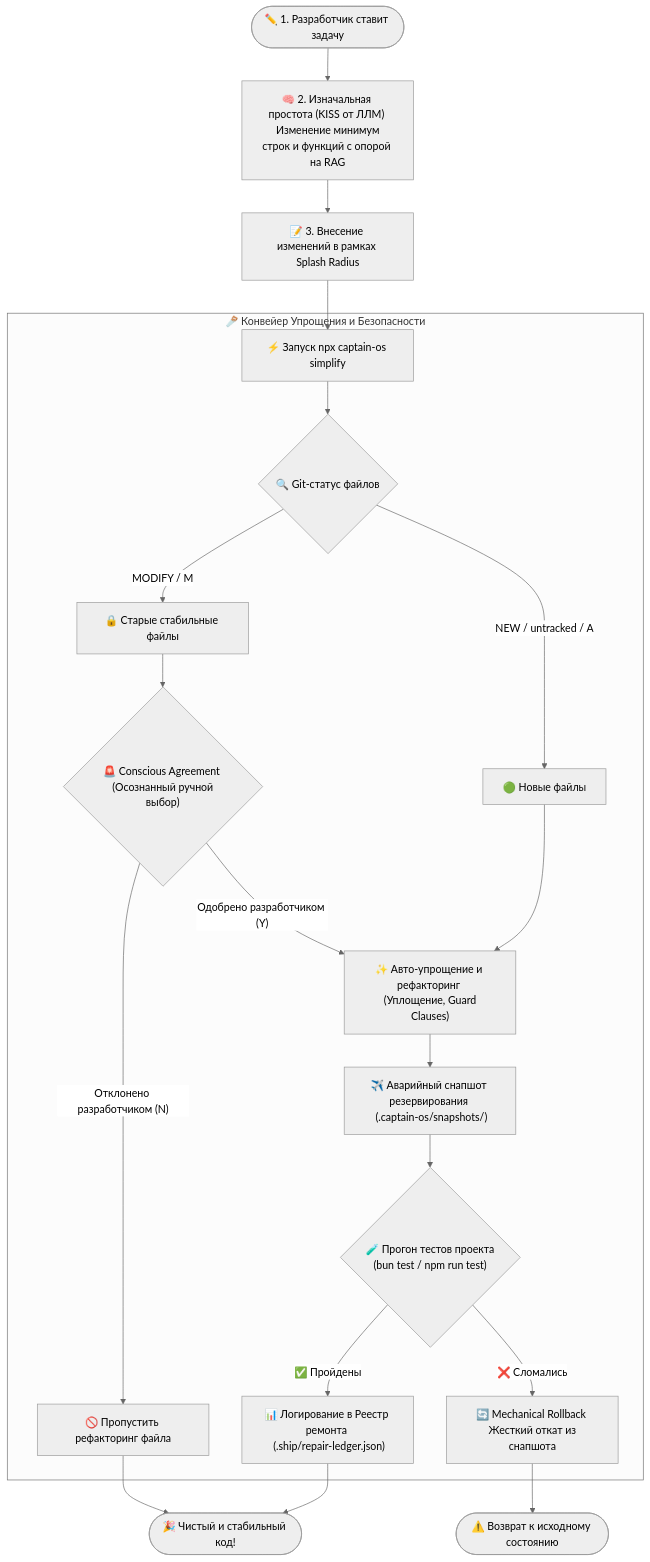
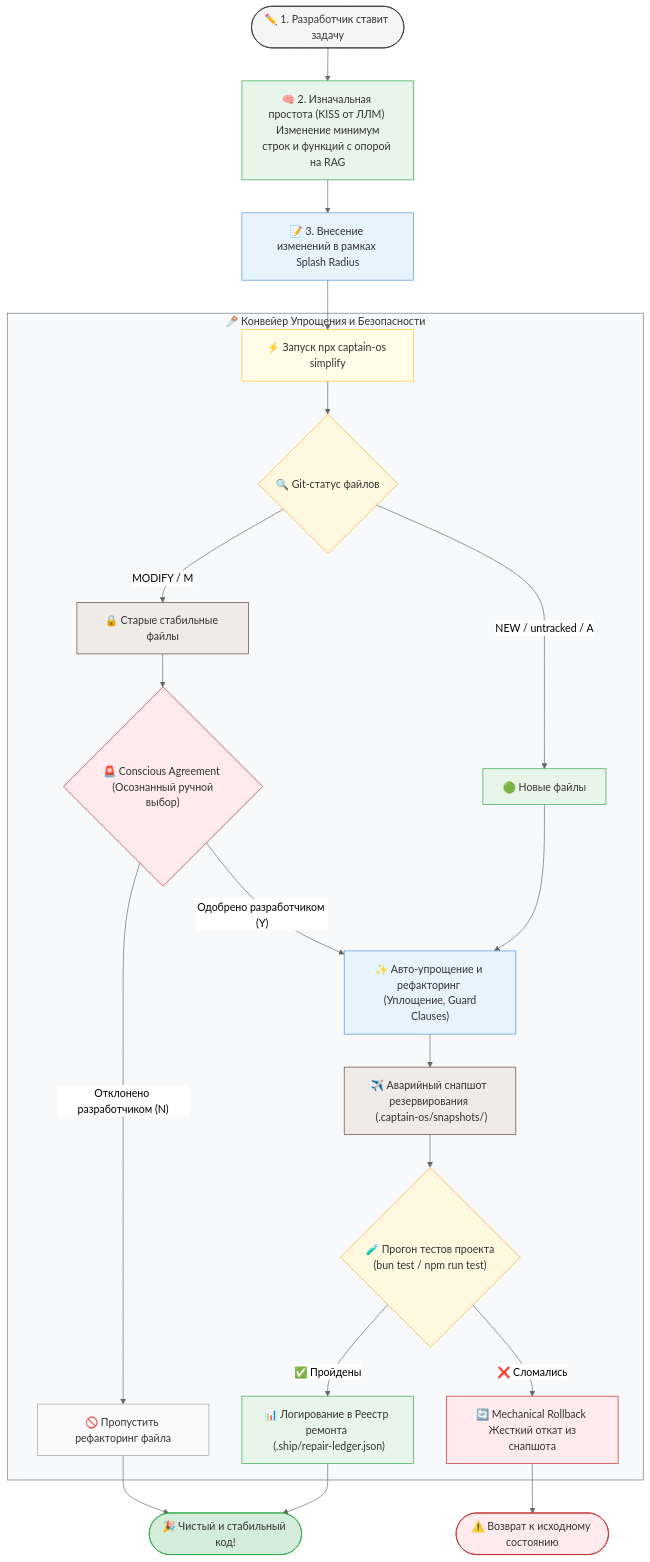
Before and after one commit to anton-remide/captain-os: the fifth of 5 diagrams in README.md, drawn with Mermaid (neutral theme). The commit also changed other lines of this file, not shown here.

Commit message:
docs: update README with declarative gates, 2026 models, and flow diagrams

````diff
--- a/README.md
+++ b/README.md
@@ -343,32 +306,50 @@
 ```mermaid
 graph TD
     Start(["✏️ 1. Разработчик ставит задачу"]) --> KISS["🧠 2. Изначальная простота (KISS от ЛЛМ) <br> Изменение минимум строк и функций с опорой на RAG"]
     KISS --> CodeChange["📝 3. Внесение изменений в рамках Splash Radius"]
     CodeChange --> CLI["⚡ Запуск npx captain-os simplify"]
     
     subgraph CLISimplifier["🪚 Конвейер Упрощения и Безопасности"]
         CLI --> GitStatus{"🔍 Git-статус файлов"}
         
         %% Ветвь новых файлов
         GitStatus -->|"NEW / untracked / A"| NewFiles["🟢 Новые файлы"]
         NewFiles --> AutoRefactor["✨ Авто-упрощение и рефакторинг <br> (Уплощение, Guard Clauses)"]
         
         %% Ветвь старых файлов
         GitStatus -->|"MODIFY / M"| OldFiles["🔒 Старые стабильные файлы"]
         OldFiles --> AgreementGate{"🚨 Conscious Agreement <br> (Осознанный ручной выбор)"}
         AgreementGate -->|"Одобрено разработчиком (Y)"| AutoRefactor
         AgreementGate -->|"Отклонено разработчиком (N)"| SkipOld["🚫 Пропустить рефакторинг файла"]
         
         %% Авиационное резервирование
         AutoRefactor --> Backup["✈️ Аварийный снапшот резервирования <br> (.captain-os/snapshots/)"]
         Backup --> RunTests{"🧪 Прогон тестов проекта <br> (bun test / npm run test)"}
         
         %% Развилка тестов
         RunTests -->|"✅ Пройдены"| Telemetry["📊 Логирование в Реестр ремонта <br> (.ship/repair-ledger.json)"]
         RunTests -->|"❌ Сломались"| Rollback["🔄 Mechanical Rollback <br> Жесткий откат из снапшота"]
     end
     
     Telemetry --> Done(["🎉 Чистый и стабильный код!"])
     SkipOld --> Done
     Rollback --> Error(["⚠️ Возврат к исходному состоянию"])
+
+    style Start fill:#f5f5f5,stroke:#333,color:#333
+    style KISS fill:#e8f5e9,stroke:#28a745,color:#333
+    style CodeChange fill:#e8f4fd,stroke:#4a90d9,color:#333
+    style CLI fill:#fffde7,stroke:#fbc02d,color:#333
+    style GitStatus fill:#fff8e1,stroke:#f9a825,color:#333
+    style NewFiles fill:#e8f5e9,stroke:#28a745,color:#333
+    style OldFiles fill:#efebe9,stroke:#5d4037,color:#333
+    style AgreementGate fill:#ffebee,stroke:#c62828,color:#333
+    style AutoRefactor fill:#e8f4fd,stroke:#4a90d9,color:#333
+    style SkipOld fill:#fafafa,stroke:#9e9e9e,color:#333
+    style Backup fill:#efebe9,stroke:#5d4037,color:#333
+    style RunTests fill:#fff8e1,stroke:#f9a825,color:#333
+    style Telemetry fill:#e8f5e9,stroke:#28a745,color:#333
+    style Rollback fill:#ffebee,stroke:#c62828,color:#333
+    style Done fill:#d4edda,stroke:#28a745,color:#333
+    style Error fill:#ffebee,stroke:#c62828,color:#333
+    style CLISimplifier fill:#f8f9fa,stroke:#6c757d,color:#333
 ```
````
